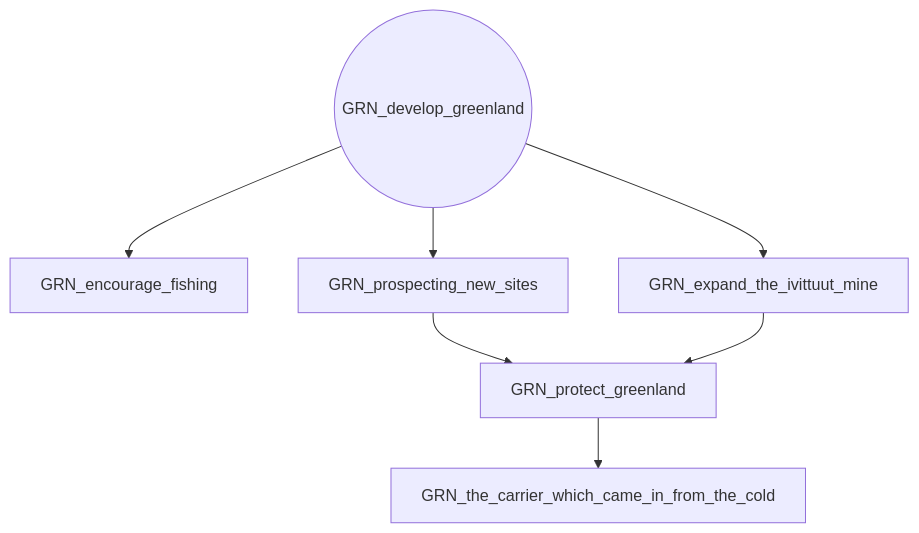
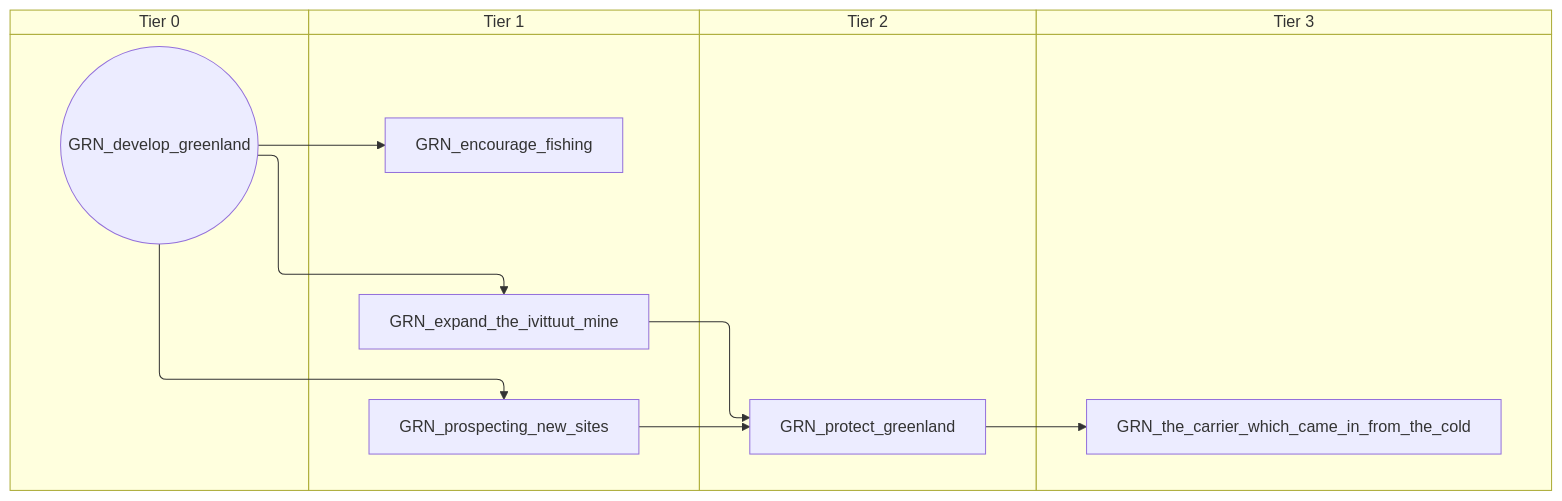
One commit to evgeny-sobol/hoi4-sandbox-mode-r56 changed the diagram in docs/gdd/National Focuses/r56/greenland.md. Above: the diagram before and after it, drawn with Mermaid. The commit also changed 423 other files, not shown here.

First line of the commit message:
Re-export Rt56 focus trees as swimlane diagrams

````diff
--- a/docs/gdd/National Focuses/r56/greenland.md
+++ b/docs/gdd/National Focuses/r56/greenland.md
@@ -3,15 +3,23 @@
 ```mermaid
-flowchart TD
-    n1(("GRN_develop_greenland"))
-    n2["GRN_encourage_fishing"]
-    n3["GRN_expand_the_ivittuut_mine"]
-    n4["GRN_prospecting_new_sites"]
-    n5["GRN_protect_greenland"]
-    n6["GRN_the_carrier_which_came_in_from_the_cold"]
+swimlane-beta TD
+    subgraph tier_0["Tier 0"]
+        n1(("GRN_develop_greenland"))
+    end
+    subgraph tier_1["Tier 1"]
+        n2["GRN_encourage_fishing"]
+        n3["GRN_expand_the_ivittuut_mine"]
+        n4["GRN_prospecting_new_sites"]
+    end
+    subgraph tier_2["Tier 2"]
+        n5["GRN_protect_greenland"]
+    end
+    subgraph tier_3["Tier 3"]
+        n6["GRN_the_carrier_which_came_in_from_the_cold"]
+    end
     n1 --> n2
     n1 --> n3
     n1 --> n4
     n4 --> n5
     n3 --> n5
     n5 --> n6
 ```
````
